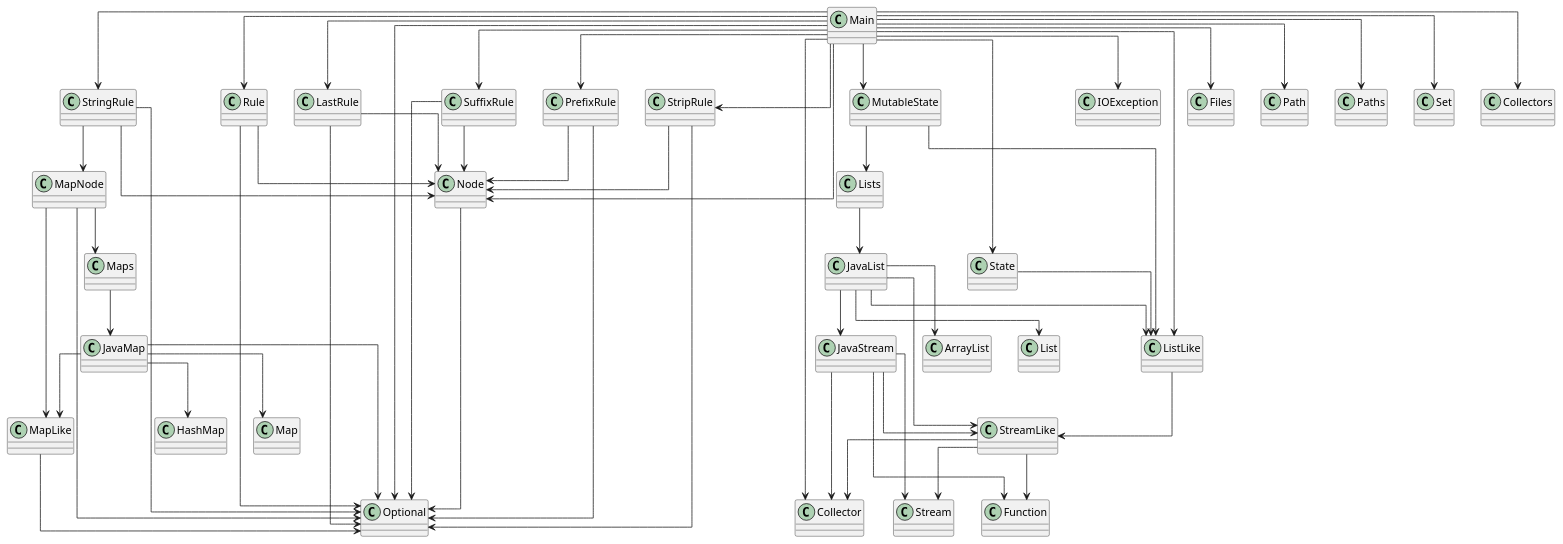
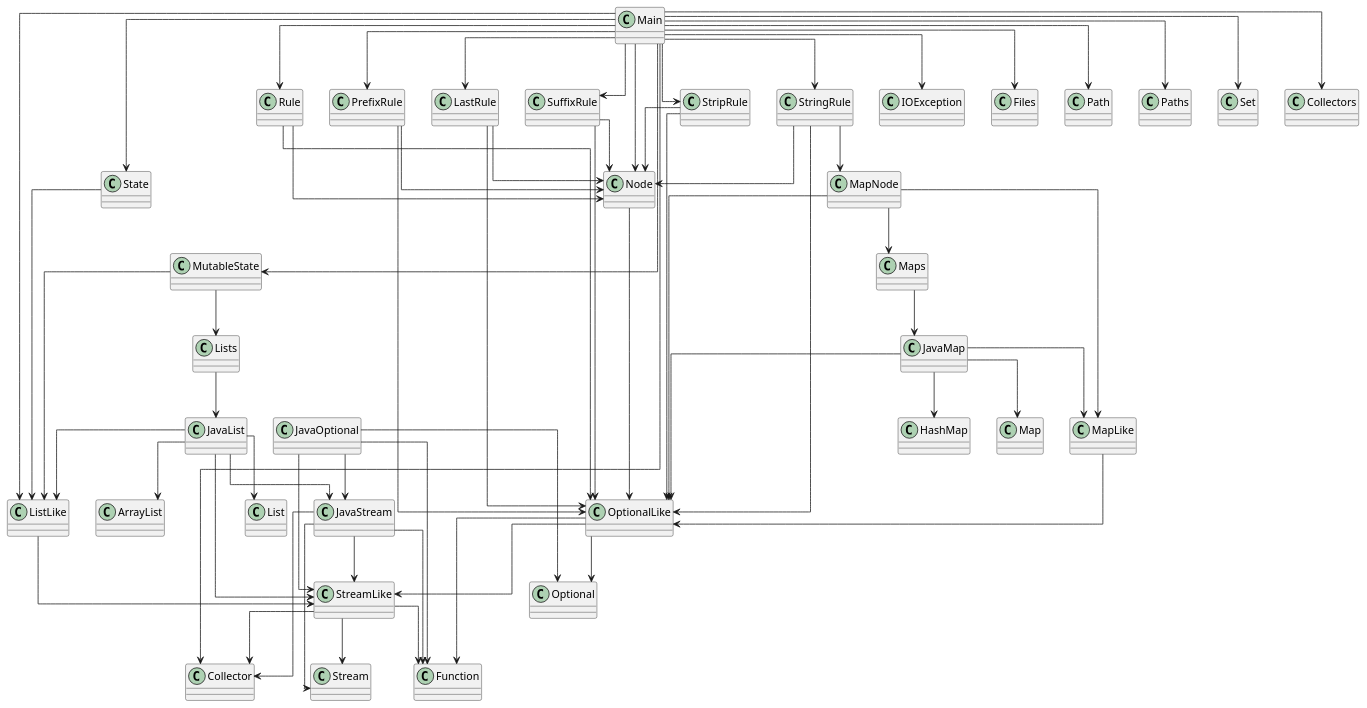
The diagram in diagram.puml (SirMathhman/Magma), drawn with PlantUML before and after one commit. The commit also changed 15 other files, not shown here.

```diff
--- a/diagram.puml
+++ b/diagram.puml
@@ -1,81 +1,89 @@
 @startuml
 skinparam linetype ortho
 class ListLike
 ListLike --> StreamLike
 class Node
-Node --> Optional
+Node --> OptionalLike
 class StripRule
 StripRule --> Node
-StripRule --> Optional
+StripRule --> OptionalLike
 class Maps
 Maps --> JavaMap
 class Rule
 Rule --> Node
-Rule --> Optional
+Rule --> OptionalLike
 class JavaMap
 JavaMap --> MapLike
 JavaMap --> HashMap
 JavaMap --> Map
-JavaMap --> Optional
+JavaMap --> OptionalLike
 class StringRule
 StringRule --> MapNode
 StringRule --> Node
-StringRule --> Optional
+StringRule --> OptionalLike
 class JavaList
 JavaList --> JavaStream
 JavaList --> StreamLike
 JavaList --> ListLike
 JavaList --> ArrayList
 JavaList --> List
 class PrefixRule
 PrefixRule --> Node
-PrefixRule --> Optional
+PrefixRule --> OptionalLike
 class StreamLike
 StreamLike --> Function
 StreamLike --> Collector
 StreamLike --> Stream
 class MutableState
 MutableState --> ListLike
 MutableState --> Lists
+class OptionalLike
+OptionalLike --> StreamLike
+OptionalLike --> Optional
+OptionalLike --> Function
 class Main
 Main --> LastRule
 Main --> MutableState
 Main --> PrefixRule
 Main --> Rule
 Main --> State
 Main --> StringRule
 Main --> StripRule
 Main --> SuffixRule
 Main --> ListLike
 Main --> Node
 Main --> IOException
 Main --> Files
 Main --> Path
 Main --> Paths
-Main --> Optional
 Main --> Set
 Main --> Collector
 Main --> Collectors
 class Lists
 Lists --> JavaList
 class MapNode
 MapNode --> MapLike
 MapNode --> Maps
-MapNode --> Optional
+MapNode --> OptionalLike
 class LastRule
 LastRule --> Node
-LastRule --> Optional
+LastRule --> OptionalLike
 class SuffixRule
 SuffixRule --> Node
-SuffixRule --> Optional
+SuffixRule --> OptionalLike
 class MapLike
-MapLike --> Optional
+MapLike --> OptionalLike
 class JavaStream
 JavaStream --> StreamLike
 JavaStream --> Function
 JavaStream --> Collector
 JavaStream --> Stream
 class State
 State --> ListLike
+class JavaOptional
+JavaOptional --> JavaStream
+JavaOptional --> StreamLike
+JavaOptional --> Optional
+JavaOptional --> Function
 
 @enduml
```
